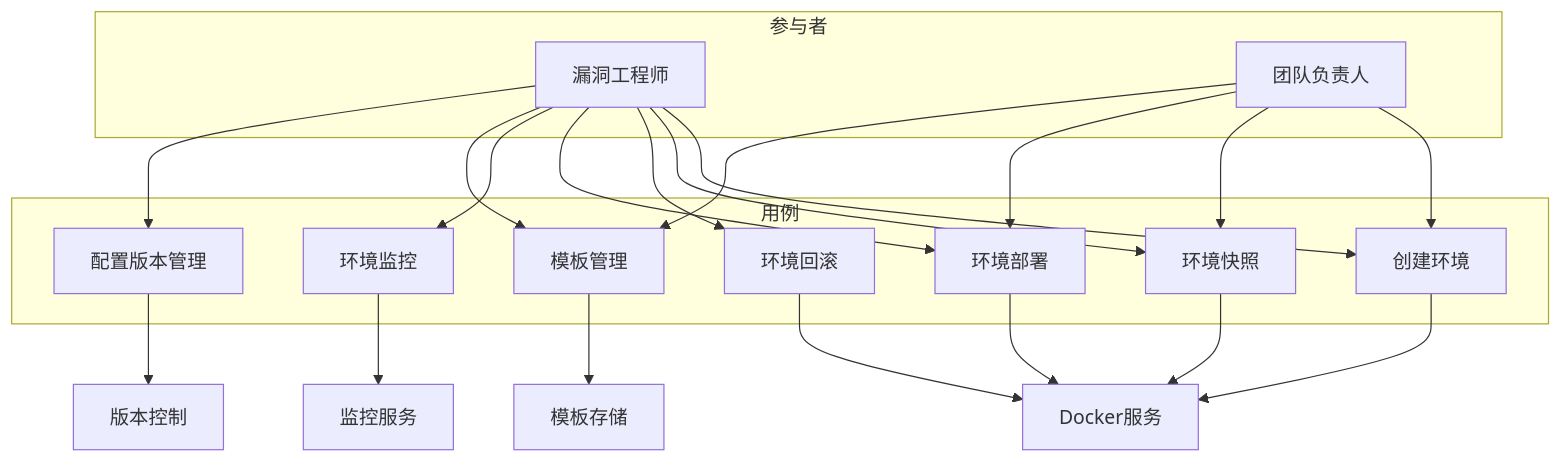
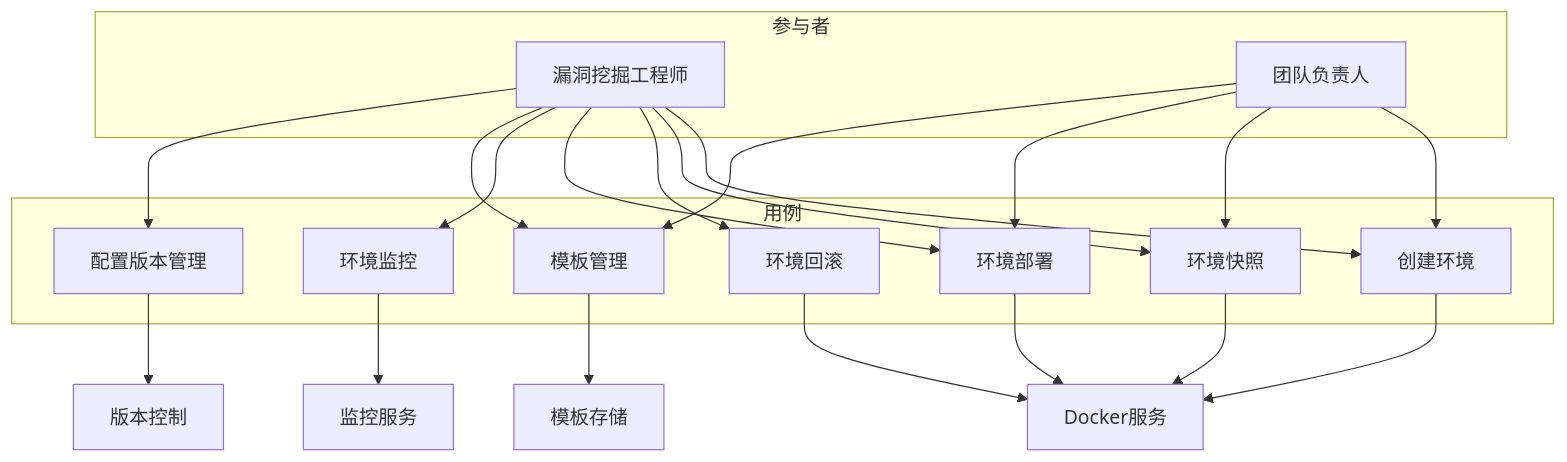
Before and after one commit to dayutech/Vuln-Audit-Lifecycle-Management: the third of 8 diagrams in docs/design/use_case.md, drawn with Mermaid. The commit also changed other lines of this file and 11 other files, not shown here.

````diff
--- a/docs/design/use_case.md
+++ b/docs/design/use_case.md
@@ -164,38 +159,38 @@
 ```mermaid
 graph TD
     subgraph Actor["参与者"]
-        Engineer["漏洞工程师"]
+        Engineer["漏洞挖掘工程师"]
         Leader["团队负责人"]
     end
 
     subgraph Use_Cases["用例"]
         UC1["创建环境"]
         UC2["环境快照"]
         UC3["环境回滚"]
         UC4["环境部署"]
         UC5["环境监控"]
         UC6["模板管理"]
         UC7["配置版本管理"]
     end
     
     Engineer --> UC1
     Engineer --> UC2
     Engineer --> UC3
     Engineer --> UC4
     Engineer --> UC5
     Engineer --> UC6
     Engineer --> UC7
     
     Leader --> UC1
     Leader --> UC2
     Leader --> UC4
     Leader --> UC6
     
     UC1 --> Docker["Docker服务"]
     UC2 --> Docker
     UC3 --> Docker
     UC4 --> Docker
     UC5 --> Monitor["监控服务"]
     UC6 --> Template["模板存储"]
     UC7 --> Version["版本控制"]
 ```
````
